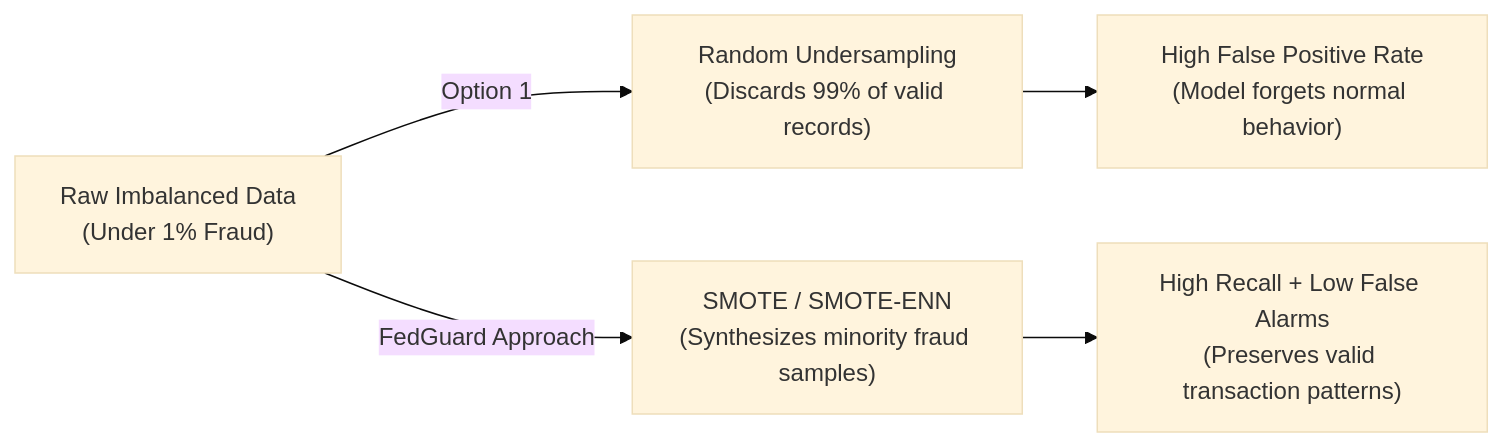
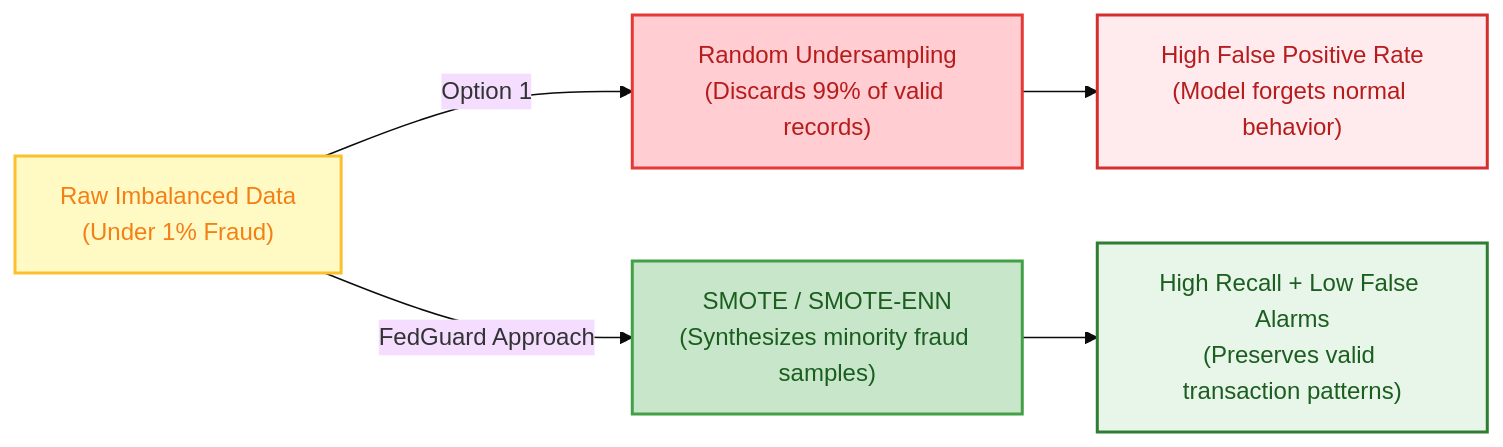
Before and after one commit to End-2007/Privacy-Preserving-Multi-Institutional-Financial-Fraud-Detection: the second of 4 diagrams in ARCHITECTURE.md, drawn with Mermaid (base theme). The commit also changed other lines of this file and 2 other files, not shown here.

````diff
--- a/ARCHITECTURE.md
+++ b/ARCHITECTURE.md
@@ -63,13 +81,19 @@
 ```mermaid
 flowchart LR
     A["Raw Imbalanced Data\n(Under 1% Fraud)"]
     
     B["Random Undersampling\n(Discards 99% of valid records)"]
     C["High False Positive Rate\n(Model forgets normal behavior)"]
     
     D["SMOTE / SMOTE-ENN\n(Synthesizes minority fraud samples)"]
     E["High Recall + Low False Alarms\n(Preserves valid transaction patterns)"]
 
     A -->|"Option 1"| B --> C
     A -->|"FedGuard Approach"| D --> E
+
+    style A fill:#FFF9C4,stroke:#FBC02D,stroke-width:2px,color:#F57F17
+    style B fill:#FFCDD2,stroke:#E53935,stroke-width:2px,color:#B71C1C
+    style C fill:#FFEBEE,stroke:#D32F2F,stroke-width:2px,color:#B71C1C
+    style D fill:#C8E6C9,stroke:#43A047,stroke-width:2px,color:#1B5E20
+    style E fill:#E8F5E9,stroke:#2E7D32,stroke-width:2px,color:#1B5E20
 ```
````
